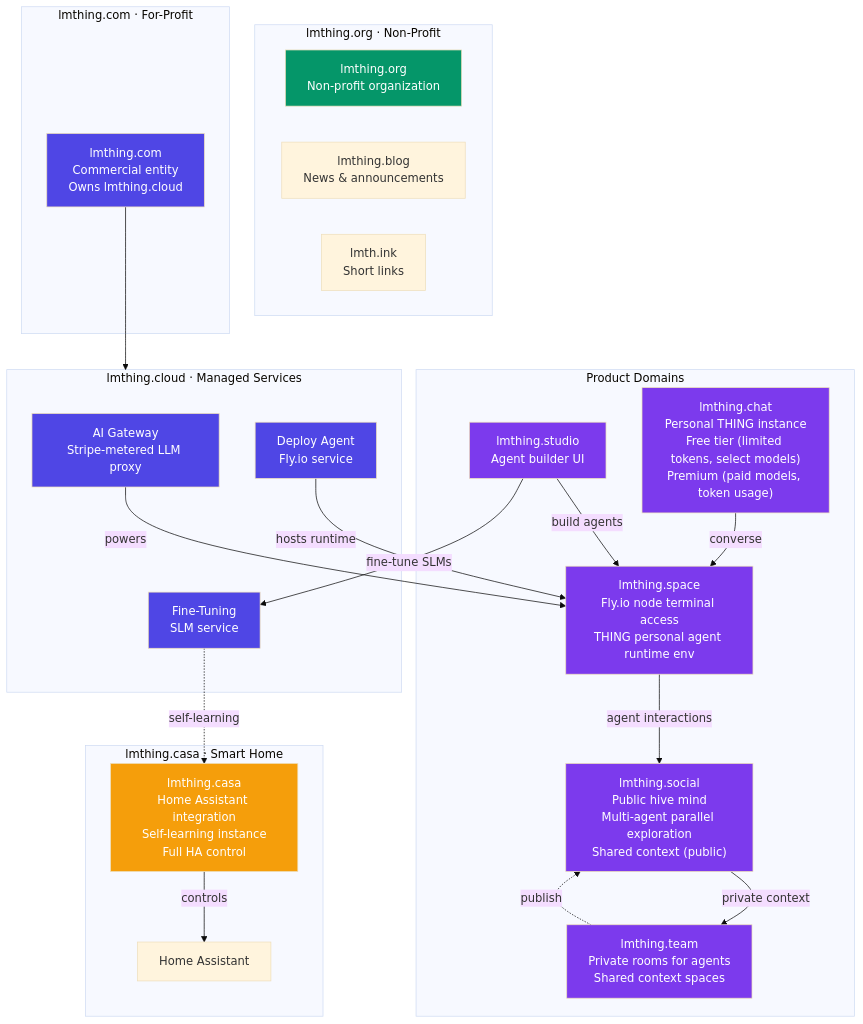
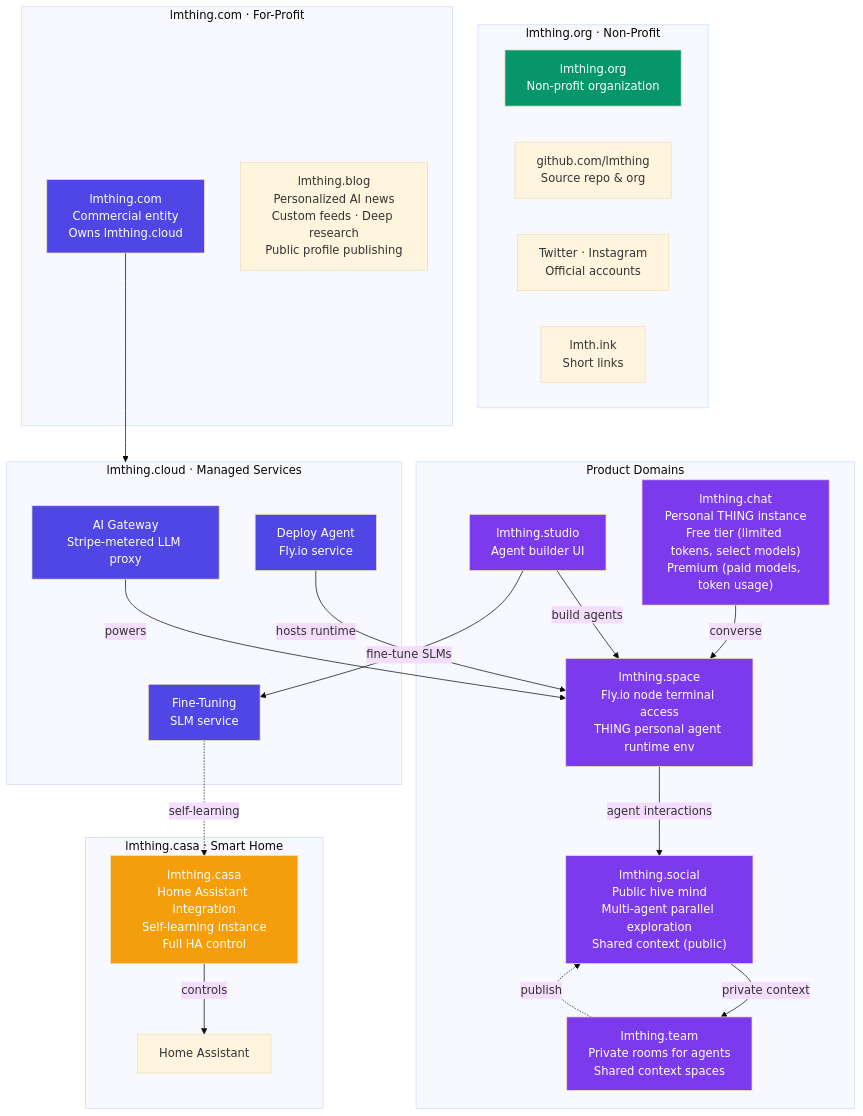
One commit to lmthing/lmthing changed the second of 17 diagrams in Architecture.md. Above: the diagram before and after it, drawn with Mermaid (base theme). The commit also changed other lines of this file, not shown here.

Commit message:
set architecture

````diff
--- a/Architecture.md
+++ b/Architecture.md
@@ -5,55 +44,57 @@
 ```mermaid
 graph TD
     subgraph NonProfit["lmthing.org · Non-Profit"]
         Org["lmthing.org<br/>Non-profit organization"]
-        Blog["lmthing.blog<br/>News & announcements"]
+        GH["github.com/lmthing<br/>Source repo & org"]
+        SocialAccounts["Twitter · Instagram<br/>Official accounts"]
         Short["lmth.ink<br/>Short links"]
     end
 
     subgraph HomeAuto["lmthing.casa · Smart Home"]
         Casa["lmthing.casa<br/>Home Assistant integration<br/>Self-learning instance<br/>Full HA control"]
         HA["Home Assistant"]
         Casa -- "controls" --> HA
     end
 
     subgraph ForProfit["lmthing.com · For-Profit"]
         Com["lmthing.com<br/>Commercial entity<br/>Owns lmthing.cloud"]
+        Blog["lmthing.blog<br/>Personalized AI news<br/>Custom feeds · Deep research<br/>Public profile publishing"]
     end
 
     subgraph Products["Product Domains"]
         Studio["lmthing.studio<br/>Agent builder UI"]
         Chat["lmthing.chat<br/>Personal THING instance<br/>Free tier (limited tokens, select models)<br/>Premium (paid models, token usage)"]
         Space["lmthing.space<br/>Fly.io node terminal access<br/>THING personal agent runtime env"]
         Social["lmthing.social<br/>Public hive mind<br/>Multi-agent parallel exploration<br/>Shared context (public)"]
         Team["lmthing.team<br/>Private rooms for agents<br/>Shared context spaces"]
     end
 
     subgraph CloudServices["lmthing.cloud · Managed Services"]
         Gateway["AI Gateway<br/>Stripe-metered LLM proxy"]
         Deploy["Deploy Agent<br/>Fly.io service"]
         FineTune["Fine-Tuning<br/>SLM service"]
     end
 
     Com --> CloudServices
     Studio -- "build agents" --> Space
     Studio -- "fine-tune SLMs" --> FineTune
     Chat -- "converse" --> Space
     Space -- "agent interactions" --> Social
     Social -- "private context" --> Team
     Team -. "publish" .-> Social
     Deploy -- "hosts runtime" --> Space
     Gateway -- "powers" --> Space
     FineTune -. "self-learning" .-> Casa
 
     style Casa fill:#f59e0b,color:#fff
     style Com fill:#4f46e5,color:#fff
     style Org fill:#059669,color:#fff
     style Studio fill:#7c3aed,color:#fff
     style Chat fill:#7c3aed,color:#fff
     style Space fill:#7c3aed,color:#fff
     style Social fill:#7c3aed,color:#fff
     style Team fill:#7c3aed,color:#fff
     style Gateway fill:#4f46e5,color:#fff
     style Deploy fill:#4f46e5,color:#fff
     style FineTune fill:#4f46e5,color:#fff
 ```
````
